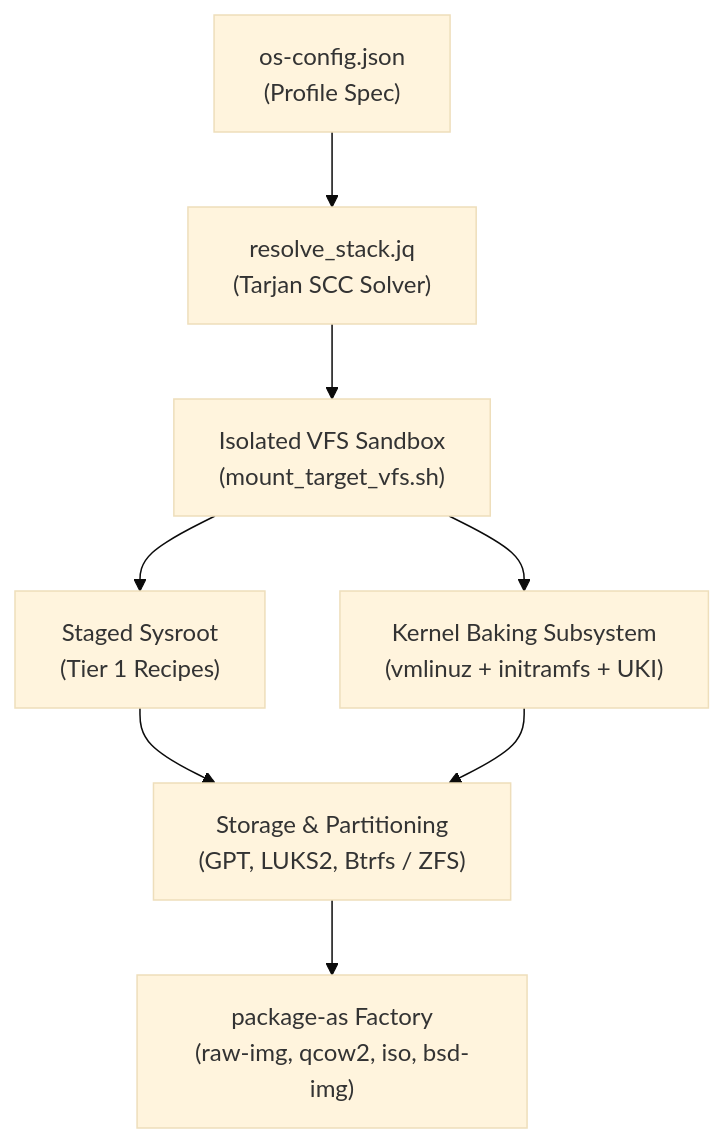
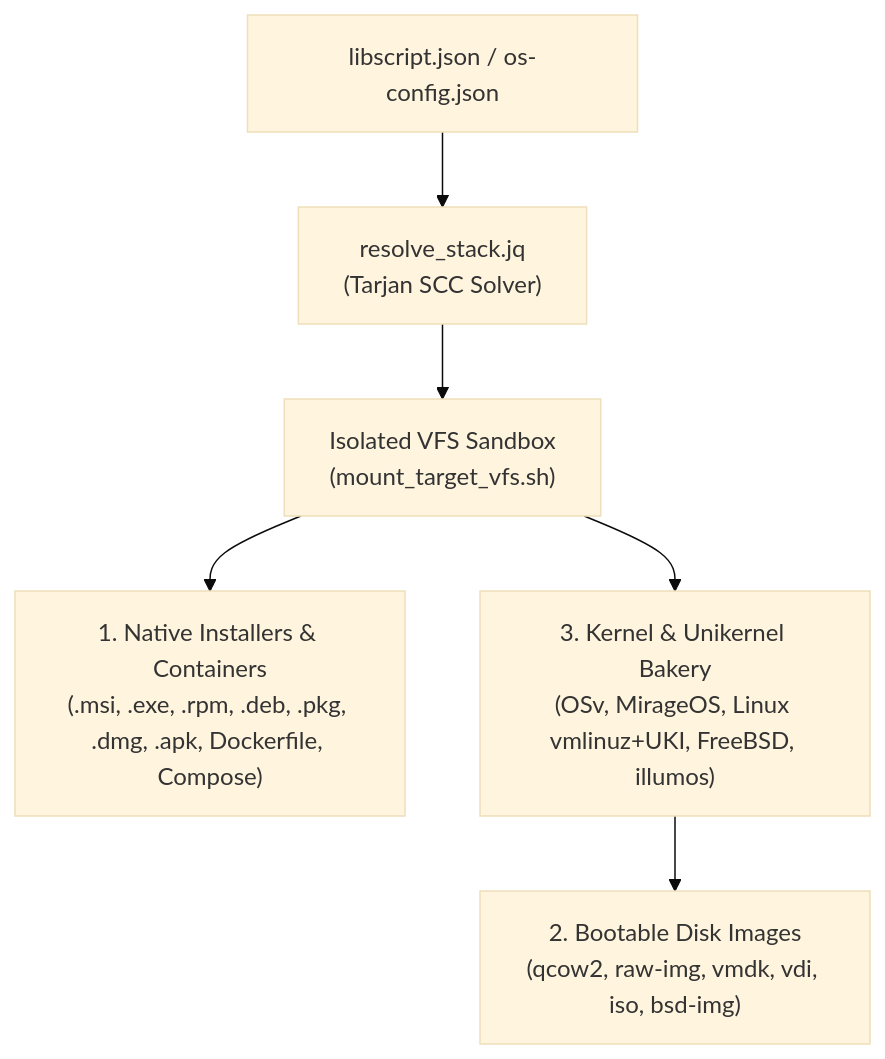
Before and after one commit to SamuelMarks/libscript: the fourth of 5 diagrams in README.md, drawn with Mermaid (base theme). The commit also changed other lines of this file and 3561 other files, not shown here.

````diff
--- a/README.md
+++ b/README.md
@@ -197,10 +247,9 @@
 ```mermaid
 flowchart TD
-    Config["os-config.json<br/>(Profile Spec)"] --> Solver["resolve_stack.jq<br/>(Tarjan SCC Solver)"]
+    Stack["libscript.json / os-config.json"] --> Solver["resolve_stack.jq<br/>(Tarjan SCC Solver)"]
     Solver --> VFS["Isolated VFS Sandbox<br/>(mount_target_vfs.sh)"]
-    VFS --> Staged["Staged Sysroot<br/>(Tier 1 Recipes)"]
-    VFS --> Kernel["Kernel Baking Subsystem<br/>(vmlinuz + initramfs + UKI)"]
-    Staged --> Disk["Storage & Partitioning<br/>(GPT, LUKS2, Btrfs / ZFS)"]
-    Kernel --> Disk
-    Disk --> Packaging["package-as Factory<br/>(raw-img, qcow2, iso, bsd-img)"]
+
+    VFS --> Stage1["1. Native Installers & Containers<br/>(.msi, .exe, .rpm, .deb, .pkg, .dmg, .apk, Dockerfile, Compose)"]
+    VFS --> Stage3["3. Kernel & Unikernel Bakery<br/>(OSv, MirageOS, Linux vmlinuz+UKI, FreeBSD, illumos)"]
+    Stage3 --> Stage2["2. Bootable Disk Images<br/>(qcow2, raw-img, vmdk, vdi, iso, bsd-img)"]
 ```
````
